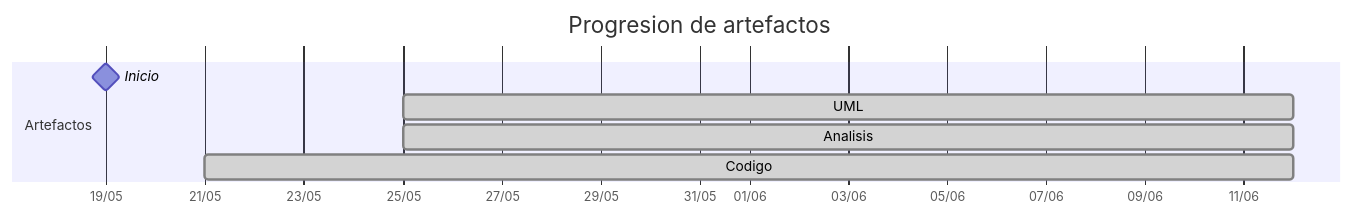
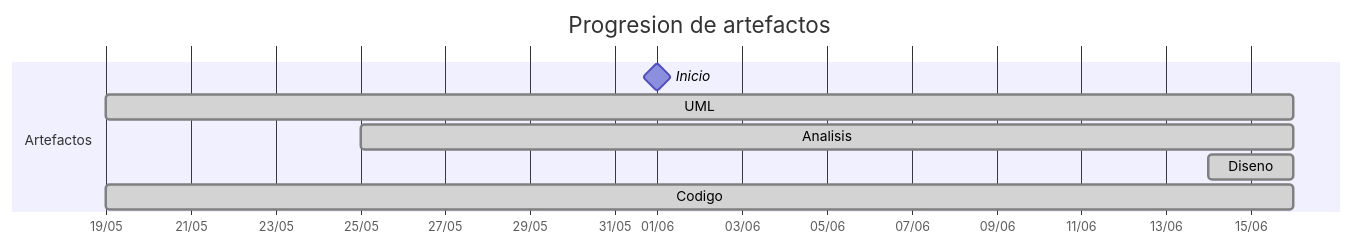
Before and after one commit to mmasias/25-26-idsw2-sdVC: the diagram in TIMELINES/marcosgutierrez6.md, drawn with Mermaid. The commit also changed other lines of this file and 1 other file, not shown here.

````diff
--- a/TIMELINES/marcosgutierrez6.md
+++ b/TIMELINES/marcosgutierrez6.md
@@ -20,11 +20,12 @@
 ```mermaid
 gantt
     title Progresion de artefactos
     dateFormat YYYY-MM-DD
     axisFormat %d/%m
     section Artefactos
-        Inicio       :milestone, 2026-05-19, 0d
-        UML          :done, 2026-05-25, 2026-06-12
-        Analisis     :done, 2026-05-25, 2026-06-12
-        Codigo       :done, 2026-05-21, 2026-06-12
+        Inicio       :milestone, 2026-06-01, 0d
+        UML          :done, 2026-05-19, 2026-06-16
+        Analisis     :done, 2026-05-25, 2026-06-16
+        Diseno       :done, 2026-06-14, 2026-06-16
+        Codigo       :done, 2026-05-19, 2026-06-16
 ```
````
